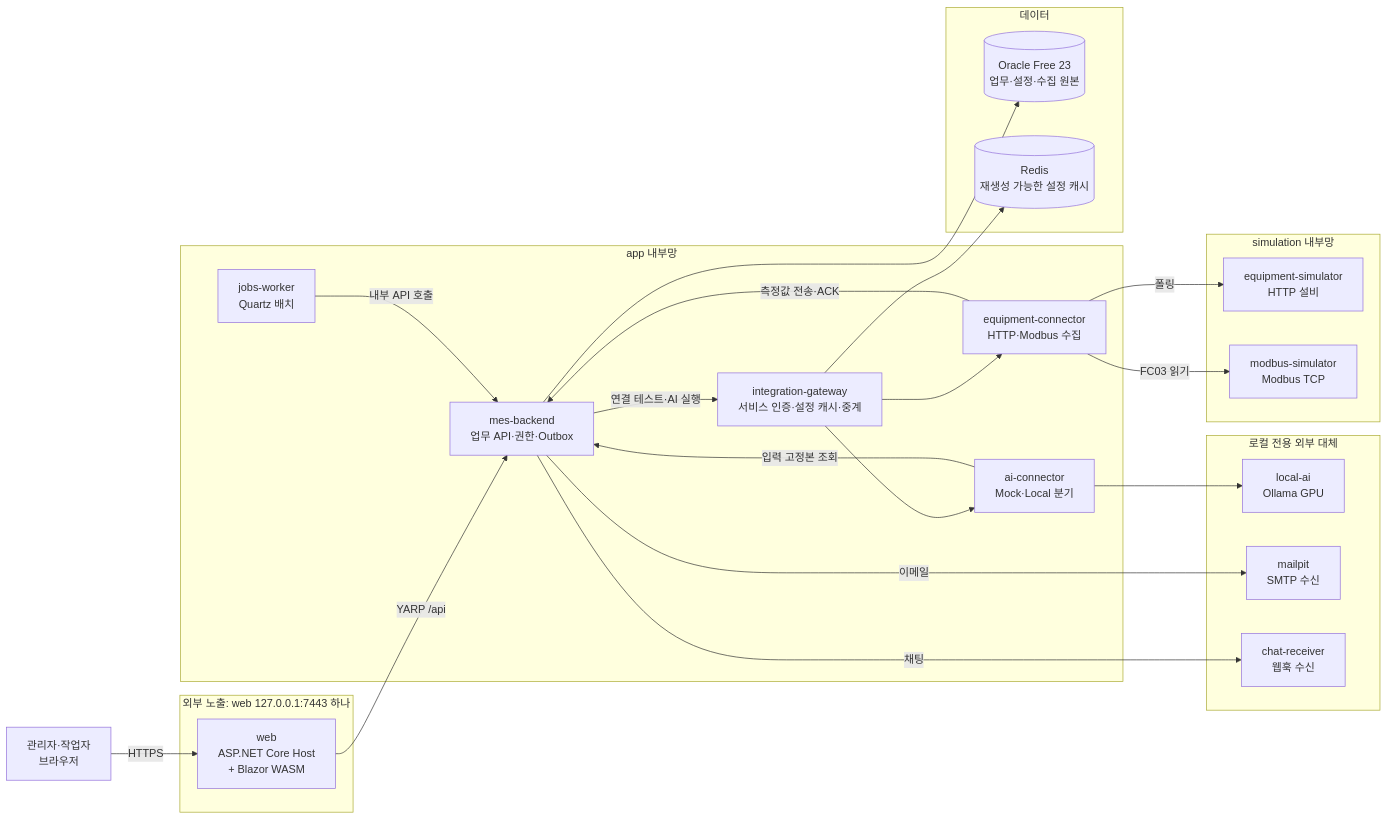
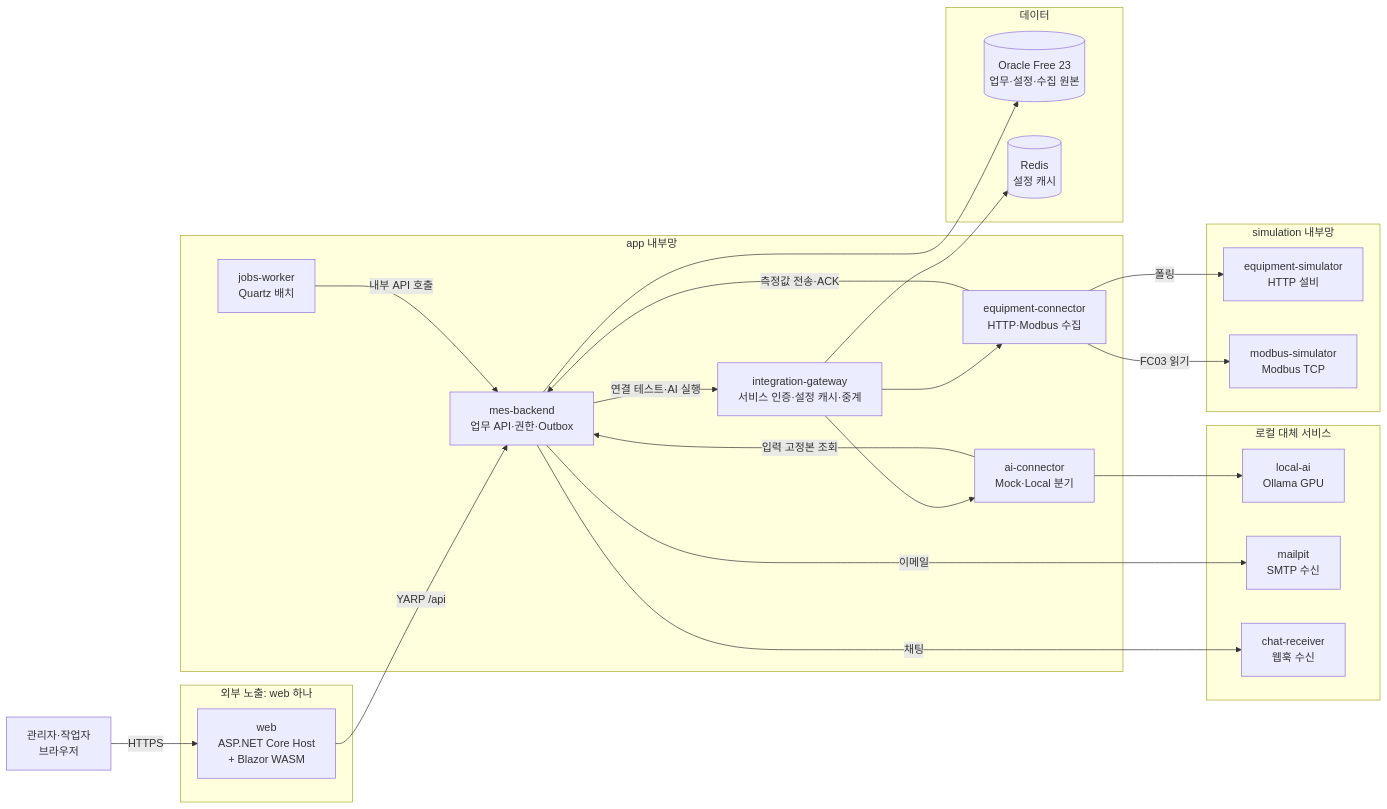
The diagram in index.md (nkpFactoryMES/doc), drawn with Mermaid before and after one commit. The commit also changed other lines of this file and 13 other files, not shown here.

````diff
--- a/index.md
+++ b/index.md
@@ -13,48 +29,48 @@
 ```mermaid
 flowchart LR
     user["관리자·작업자<br/>브라우저"]
 
-    subgraph front["외부 노출: web 127.0.0.1:7443 하나"]
+    subgraph front["외부 노출: web 하나"]
         web["web<br/>ASP.NET Core Host<br/>+ Blazor WASM"]
     end
 
     subgraph app["app 내부망"]
         backend["mes-backend<br/>업무 API·권한·Outbox"]
         gateway["integration-gateway<br/>서비스 인증·설정 캐시·중계"]
         eqc["equipment-connector<br/>HTTP·Modbus 수집"]
         aic["ai-connector<br/>Mock·Local 분기"]
         jobs["jobs-worker<br/>Quartz 배치"]
     end
 
     subgraph data["데이터"]
         oracle[("Oracle Free 23<br/>업무·설정·수집 원본")]
-        redis[("Redis<br/>재생성 가능한 설정 캐시")]
+        redis[("Redis<br/>설정 캐시")]
     end
 
     subgraph sim["simulation 내부망"]
         httpsim["equipment-simulator<br/>HTTP 설비"]
         modsim["modbus-simulator<br/>Modbus TCP"]
     end
 
-    subgraph local["로컬 전용 외부 대체"]
+    subgraph local["로컬 대체 서비스"]
         llm["local-ai<br/>Ollama GPU"]
         mail["mailpit<br/>SMTP 수신"]
         chat["chat-receiver<br/>웹훅 수신"]
     end
 
     user -->|HTTPS| web
     web -->|"YARP /api"| backend
     backend --> oracle
     backend -->|"연결 테스트·AI 실행"| gateway
     gateway --> redis
     gateway --> eqc
     gateway --> aic
     eqc -->|"폴링"| httpsim
     eqc -->|"FC03 읽기"| modsim
     eqc -->|"측정값 전송·ACK"| backend
     aic --> llm
     aic -->|"입력 고정본 조회"| backend
     jobs -->|"내부 API 호출"| backend
     backend -->|"이메일"| mail
     backend -->|"채팅"| chat
 ```
````
